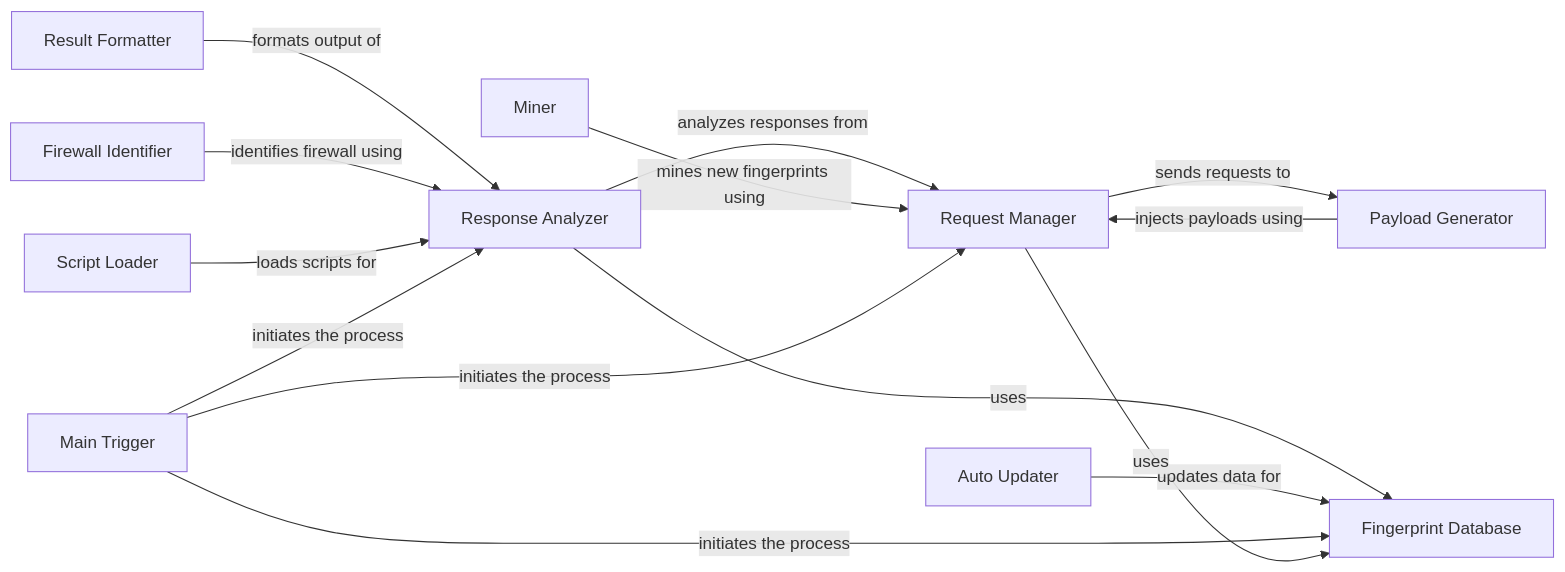
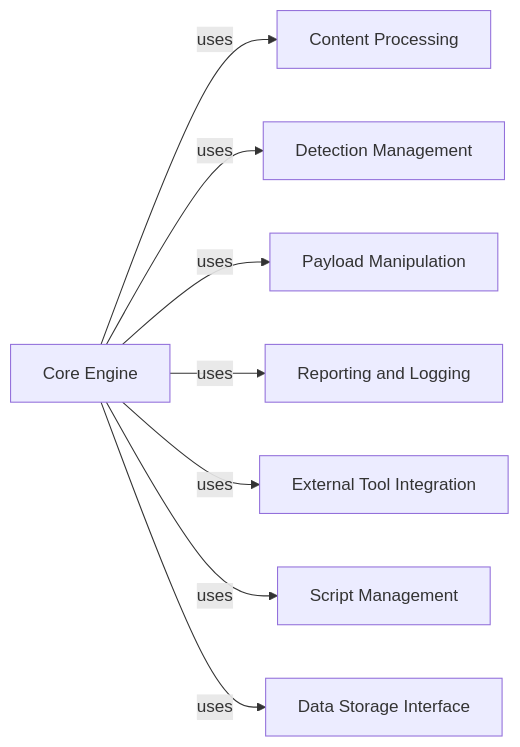
One commit to CodeBoarding/GeneratedOnBoardings changed the diagram in WhatWaf/on_boarding.md. Above: the diagram before and after it, drawn with Mermaid. The commit also changed other lines of this file and 18 other files, not shown here.

Commit message:
Uploading onboarding materials for WhatWaf

````diff
--- a/WhatWaf/on_boarding.md
+++ b/WhatWaf/on_boarding.md
@@ -1,36 +1,26 @@
 ```mermaid
 graph LR
-    Request_Manager["Request Manager"]
-    Payload_Generator["Payload Generator"]
-    Response_Analyzer["Response Analyzer"]
-    Fingerprint_Database["Fingerprint Database"]
-    Result_Formatter["Result Formatter"]
-    Firewall_Identifier["Firewall Identifier"]
-    Miner["Miner"]
-    Script_Loader["Script Loader"]
-    Auto_Updater["Auto Updater"]
-    Main_Trigger["Main Trigger"]
-    Request_Manager -- "sends requests to" --> Payload_Generator
-    Response_Analyzer -- "analyzes responses from" --> Request_Manager
-    Response_Analyzer -- "uses" --> Fingerprint_Database
-    Result_Formatter -- "formats output of" --> Response_Analyzer
-    Firewall_Identifier -- "identifies firewall using" --> Response_Analyzer
-    Payload_Generator -- "injects payloads using" --> Request_Manager
-    Miner -- "mines new fingerprints using" --> Request_Manager
-    Script_Loader -- "loads scripts for" --> Response_Analyzer
-    Auto_Updater -- "updates data for" --> Fingerprint_Database
-    Main_Trigger -- "initiates the process" --> Request_Manager
-    Main_Trigger -- "initiates the process" --> Response_Analyzer
-    Main_Trigger -- "initiates the process" --> Fingerprint_Database
-    Request_Manager -- "uses" --> Fingerprint_Database
-    click Request_Manager href "https://github.com/CodeBoarding/GeneratedOnBoardings/blob/main/WhatWaf/Request Manager.md" "Details"
-    click Payload_Generator href "https://github.com/CodeBoarding/GeneratedOnBoardings/blob/main/WhatWaf/Payload Generator.md" "Details"
-    click Response_Analyzer href "https://github.com/CodeBoarding/GeneratedOnBoardings/blob/main/WhatWaf/Response Analyzer.md" "Details"
-    click Fingerprint_Database href "https://github.com/CodeBoarding/GeneratedOnBoardings/blob/main/WhatWaf/Fingerprint Database.md" "Details"
-    click Result_Formatter href "https://github.com/CodeBoarding/GeneratedOnBoardings/blob/main/WhatWaf/Result Formatter.md" "Details"
-    click Firewall_Identifier href "https://github.com/CodeBoarding/GeneratedOnBoardings/blob/main/WhatWaf/Firewall Identifier.md" "Details"
-    click Miner href "https://github.com/CodeBoarding/GeneratedOnBoardings/blob/main/WhatWaf/Miner.md" "Details"
-    click Script_Loader href "https://github.com/CodeBoarding/GeneratedOnBoardings/blob/main/WhatWaf/Script Loader.md" "Details"
-    click Auto_Updater href "https://github.com/CodeBoarding/GeneratedOnBoardings/blob/main/WhatWaf/Auto Updater.md" "Details"
-    click Main_Trigger href "https://github.com/CodeBoarding/GeneratedOnBoardings/blob/main/WhatWaf/Main Trigger.md" "Details"
+    Core_Engine["Core Engine"]
+    Content_Processing["Content Processing"]
+    Detection_Management["Detection Management"]
+    Payload_Manipulation["Payload Manipulation"]
+    Reporting_and_Logging["Reporting and Logging"]
+    External_Tool_Integration["External Tool Integration"]
+    Script_Management["Script Management"]
+    Data_Storage_Interface["Data Storage Interface"]
+    Core_Engine -- "uses" --> Content_Processing
+    Core_Engine -- "uses" --> Detection_Management
+    Core_Engine -- "uses" --> Payload_Manipulation
+    Core_Engine -- "uses" --> Reporting_and_Logging
+    Core_Engine -- "uses" --> External_Tool_Integration
+    Core_Engine -- "uses" --> Script_Management
+    Core_Engine -- "uses" --> Data_Storage_Interface
+    click Core_Engine href "https://github.com/CodeBoarding/GeneratedOnBoardings/blob/main/WhatWaf/Core Engine.md" "Details"
+    click Content_Processing href "https://github.com/CodeBoarding/GeneratedOnBoardings/blob/main/WhatWaf/Content Processing.md" "Details"
+    click Detection_Management href "https://github.com/CodeBoarding/GeneratedOnBoardings/blob/main/WhatWaf/Detection Management.md" "Details"
+    click Payload_Manipulation href "https://github.com/CodeBoarding/GeneratedOnBoardings/blob/main/WhatWaf/Payload Manipulation.md" "Details"
+    click Reporting_and_Logging href "https://github.com/CodeBoarding/GeneratedOnBoardings/blob/main/WhatWaf/Reporting and Logging.md" "Details"
+    click External_Tool_Integration href "https://github.com/CodeBoarding/GeneratedOnBoardings/blob/main/WhatWaf/External Tool Integration.md" "Details"
+    click Script_Management href "https://github.com/CodeBoarding/GeneratedOnBoardings/blob/main/WhatWaf/Script Management.md" "Details"
+    click Data_Storage_Interface href "https://github.com/CodeBoarding/GeneratedOnBoardings/blob/main/WhatWaf/Data Storage Interface.md" "Details"
 ```
````
